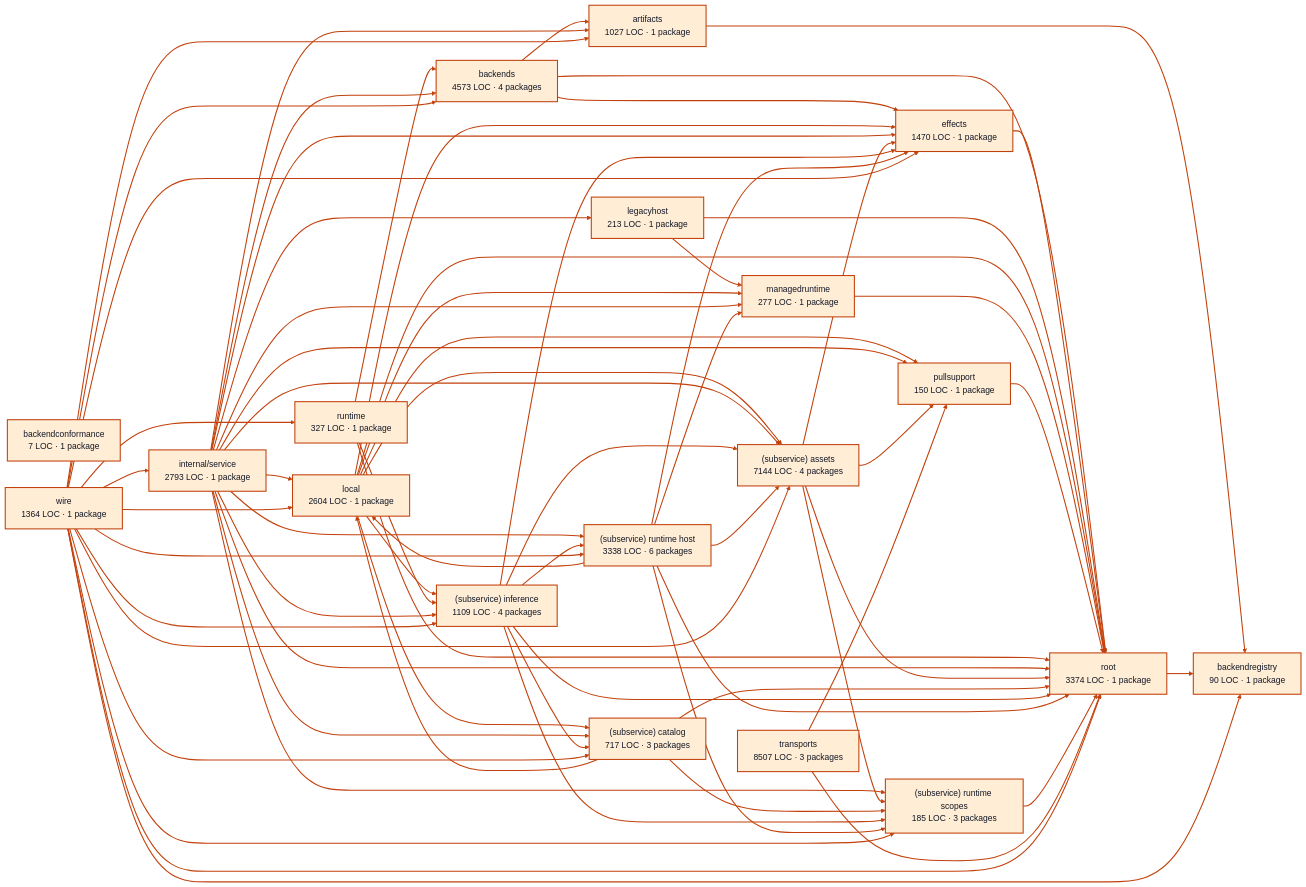
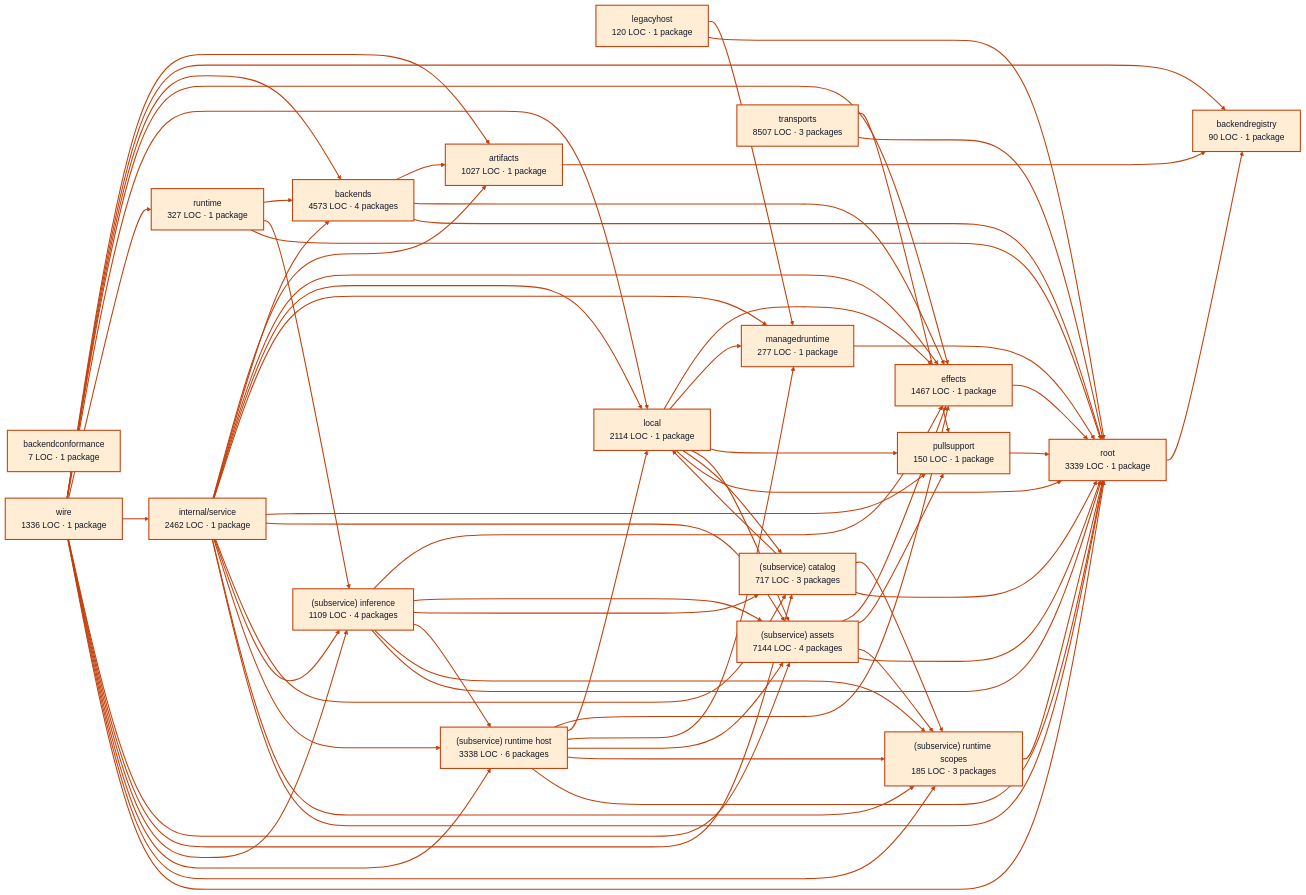
One commit to portpowered/you-agent-factory changed the diagram in docs/architecture/visualizations/services/models.md. Above: the diagram before and after it, drawn with Mermaid. The commit also changed other lines of this file and 20 other files, not shown here.

Commit message:
docs: refresh backend architecture visualizations

```diff
--- a/docs/architecture/visualizations/services/models.md
+++ b/docs/architecture/visualizations/services/models.md
@@ -14,21 +14,21 @@
   p1["backendconformance<br/>7 LOC · 1 package"]
   p2["backendregistry<br/>90 LOC · 1 package"]
   p3["backends<br/>4573 LOC · 4 packages"]
-  p4["effects<br/>1470 LOC · 1 package"]
-  p5["legacyhost<br/>213 LOC · 1 package"]
-  p6["local<br/>2604 LOC · 1 package"]
+  p4["effects<br/>1467 LOC · 1 package"]
+  p5["legacyhost<br/>120 LOC · 1 package"]
+  p6["local<br/>2114 LOC · 1 package"]
   p7["managedruntime<br/>277 LOC · 1 package"]
   p8["pullsupport<br/>150 LOC · 1 package"]
   p9["runtime<br/>327 LOC · 1 package"]
-  p10["internal/service<br/>2793 LOC · 1 package"]
+  p10["internal/service<br/>2462 LOC · 1 package"]
   p11["(subservice) assets<br/>7144 LOC · 4 packages"]
   p12["(subservice) catalog<br/>717 LOC · 3 packages"]
   p13["(subservice) inference<br/>1109 LOC · 4 packages"]
   p14["(subservice) runtime host<br/>3338 LOC · 6 packages"]
   p15["(subservice) runtime scopes<br/>185 LOC · 3 packages"]
-  p16["root<br/>3374 LOC · 1 package"]
+  p16["root<br/>3339 LOC · 1 package"]
   p17["transports<br/>8507 LOC · 3 packages"]
-  p18["wire<br/>1364 LOC · 1 package"]
+  p18["wire<br/>1336 LOC · 1 package"]
   p0 --> p2
   p3 --> p0
   p3 --> p4
@@ -41,7 +41,6 @@
   p6 --> p8
   p6 --> p11
   p6 --> p12
-  p6 --> p13
   p6 --> p16
   p7 --> p16
   p8 --> p16
@@ -51,7 +50,6 @@
   p10 --> p0
   p10 --> p3
   p10 --> p4
-  p10 --> p5
   p10 --> p6
   p10 --> p7
   p10 --> p8
```
